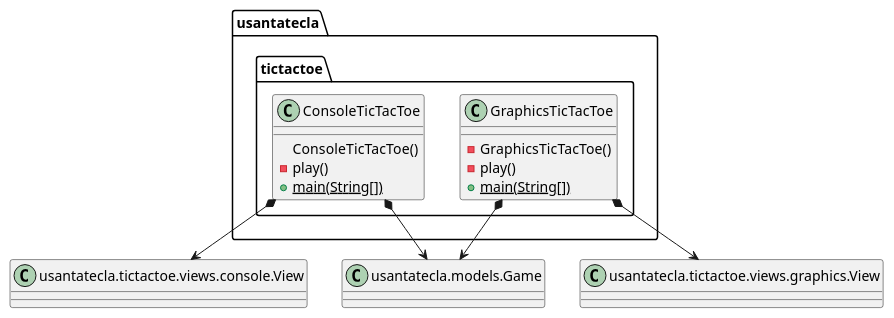
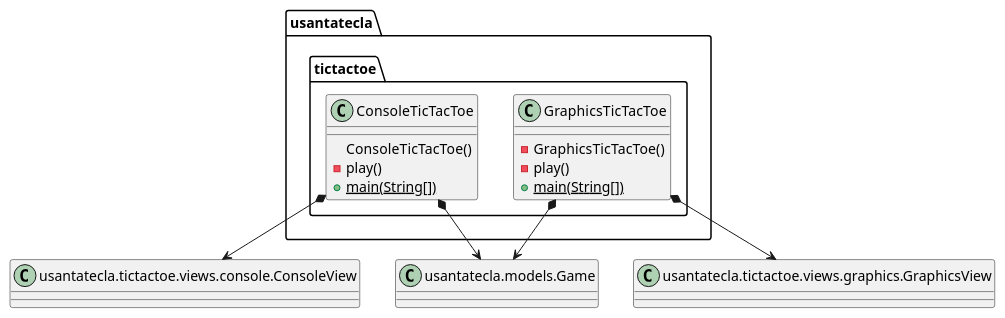
Before and after one commit to Jolucaa/USantaTecla-project-ticTacToe: the first of 5 diagrams in documentView/withoutFactoryMethod/docs/diagrams/src/paquetes.plantuml, drawn with PlantUML. The commit also changed other lines of this file and 16 other files, not shown here.

```diff
--- a/documentView/withoutFactoryMethod/docs/diagrams/src/paquetes.plantuml
+++ b/documentView/withoutFactoryMethod/docs/diagrams/src/paquetes.plantuml
@@ -1,26 +1,26 @@
 @startuml tictactoe
 class usantatecla.tictactoe.ConsoleTicTacToe {
 
 	ConsoleTicTacToe()
 	- play()
 	+ {static} main(String[])
 
 }
 
 class usantatecla.tictactoe.GraphicsTicTacToe {
 
 	- GraphicsTicTacToe()
 	- play()
 	+ {static} main(String[])
 
 }
 
 class Game as "usantatecla.models.Game"
-class consoleView as "usantatecla.tictactoe.views.console.View"
-class graphicsView as "usantatecla.tictactoe.views.graphics.View"
+class consoleView as "usantatecla.tictactoe.views.console.ConsoleView"
+class graphicsView as "usantatecla.tictactoe.views.graphics.GraphicsView"
 
 usantatecla.tictactoe.ConsoleTicTacToe *-down-> Game
 usantatecla.tictactoe.GraphicsTicTacToe *-down-> Game
 usantatecla.tictactoe.ConsoleTicTacToe *-down-> consoleView
 usantatecla.tictactoe.GraphicsTicTacToe *-down-> graphicsView
 @enduml
```
